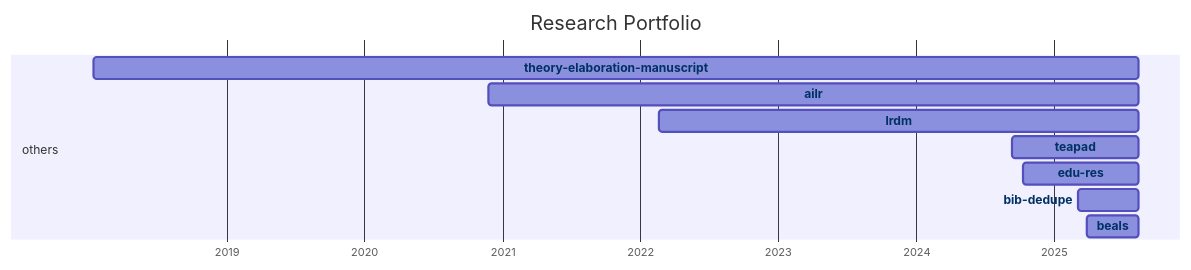
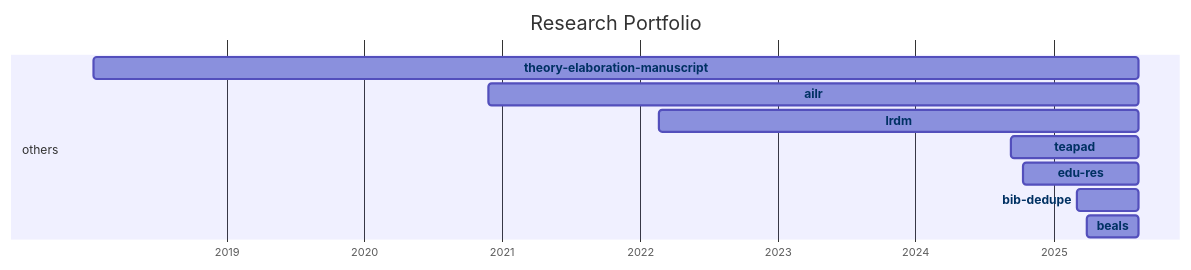
The diagram in docs/20-research/25-projects-gantt.md (digital-work-lab/handbook), drawn with Mermaid before and after one commit.

Commit message:
Update repository overview

````diff
--- a/docs/20-research/25-projects-gantt.md
+++ b/docs/20-research/25-projects-gantt.md
@@ -8,33 +8,33 @@
 ```mermaid
 ---
 displayMode: compact
 ---
 gantt
 title Research Portfolio
 dateFormat YYYY-MM-DD
 axisFormat %Y
 
     section work_practices
 
     section distributed_organizing
 
     section knowledge_synthesis
 
     section others
-        beals :beals, 2025-03-28, 2025-08-12
-        bib-dedupe :bib-dedupe, 2025-03-04, 2025-08-12
-        edu-res :edu-res, 2024-10-10, 2025-08-12
-        teapad :teapad, 2024-09-10, 2025-08-12
-        lrdm :lrdm, 2022-02-20, 2025-08-12
-        ailr :ailr, 2020-11-26, 2025-08-12
-        theory-elaboration-manuscript :theory-elaboration-manuscript, 2018-01-15, 2025-08-12
+        beals :beals, 2025-03-28, 2025-08-13
+        bib-dedupe :bib-dedupe, 2025-03-04, 2025-08-13
+        edu-res :edu-res, 2024-10-10, 2025-08-13
+        teapad :teapad, 2024-09-10, 2025-08-13
+        lrdm :lrdm, 2022-02-20, 2025-08-13
+        ailr :ailr, 2020-11-26, 2025-08-13
+        theory-elaboration-manuscript :theory-elaboration-manuscript, 2018-01-15, 2025-08-13
 
 
     click beals href "{{ site.baseurl }}/docs/10-lab/18-resources/beals.html"
     click bib-dedupe href "{{ site.baseurl }}/docs/10-lab/18-resources/bib-dedupe.html"
     click edu-res href "{{ site.baseurl }}/docs/10-lab/18-resources/edu-res.html"
     click teapad href "{{ site.baseurl }}/docs/10-lab/18-resources/teapad.html"
     click lrdm href "{{ site.baseurl }}/docs/10-lab/18-resources/lrdm.html"
     click ailr href "{{ site.baseurl }}/docs/10-lab/18-resources/ailr.html"
     click theory-elaboration-manuscript href "{{ site.baseurl }}/docs/10-lab/18-resources/theory-elaboration-manuscript.html"
 ```
````
